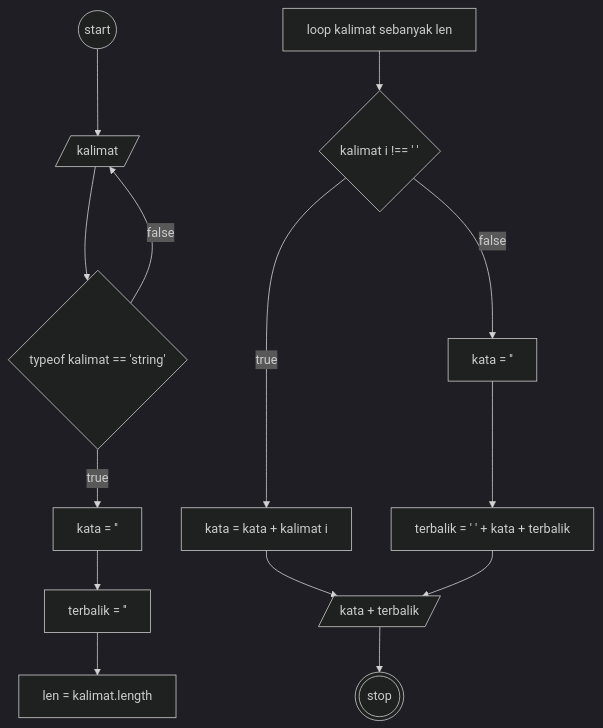
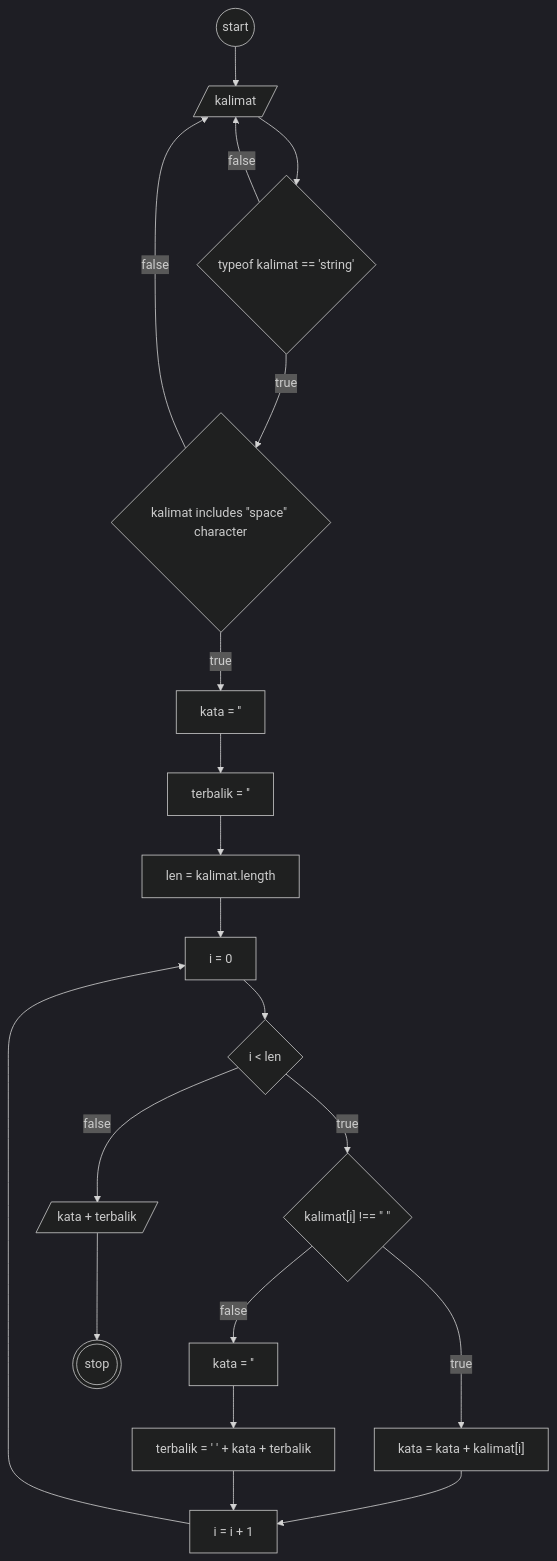
Before and after one commit to yasirmaxstyle/fgo24-weeklytask1: the second of 2 diagrams in 1_algoritma.md, drawn with Mermaid (dark theme). The commit also changed other lines of this file, not shown here.

Commit message:
edit loop algorithm

````diff
--- a/1_algoritma.md
+++ b/1_algoritma.md
@@ -86,32 +87,41 @@
 ```mermaid
 
 graph TD
 
 a((start))
 in[/kalimat/]
 val{typeof kalimat == 'string'}
+val2@{shape: diamond, label: 'kalimat includes "space" character'}
 b[kata = '']
 c[terbalik = '']
 d[len = kalimat.length]
-e[loop kalimat sebanyak len]
-e --> con
-con{kalimat i !== ' '}
-f[kata = kata + kalimat i]
+e[i = 0]
+econ{i < len}
+inc[i = i + 1]
+con@{shape: diamond, label: 'kalimat[i] !== " "'}
+f@{shape: rectangle, label: 'kata = kata + kalimat[i]'}
 g[kata = '']
 h[terbalik = ' ' + kata + terbalik]
 out[/kata + terbalik/]
 x(((stop)))
 
 a --> in
 in --> val
-val --true-->b
+val --true-->val2
 val --false-->in
+val2 --true-->b
+val2 --false-->in
 b --> c
 c --> d
+d --> e
+e --> econ
+econ --true--> con
 con --true--> f
 con --false--> g
 g --> h
-f & h --> out
+f & h --> inc
+inc --> e
+econ --false--> out
 out --> x
 
 ```
````
